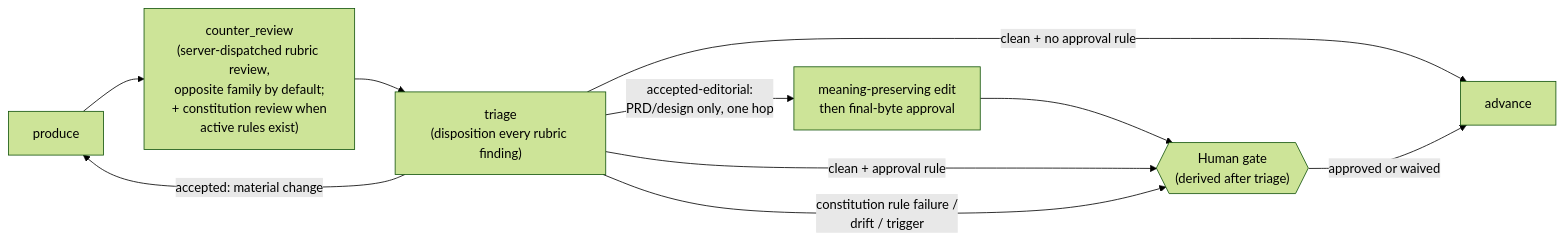
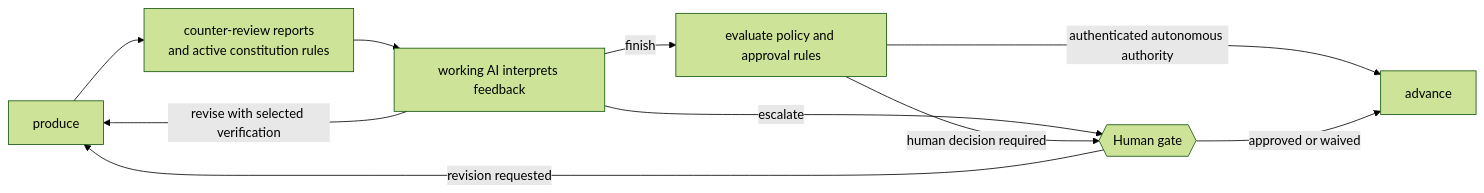
One commit to Aroton/ArchflowV2 changed the second of 2 diagrams in docs/OVERVIEW.md. Above: the diagram before and after it, drawn with Mermaid (forest theme). The commit also changed other lines of this file and 16 other files, not shown here.

````diff
--- a/docs/OVERVIEW.md
+++ b/docs/OVERVIEW.md
@@ -63,12 +63,12 @@
 ```mermaid
 flowchart LR
-    P[produce] --> CR["counter_review<br/>(server-dispatched rubric review,<br/>opposite family by default;<br/>+ constitution review when<br/>active rules exist)"]
-    CR --> T["triage<br/>(disposition every rubric finding)"]
-    T -->|"accepted: material change"| P
-    T -->|"accepted-editorial:<br/>PRD/design only, one hop"| PE["meaning-preserving edit<br/>then final-byte approval"]
-    PE --> G
-    T -->|"clean + no approval rule"| Adv[advance]
-    T -->|"clean + approval rule"| G
-    T -->|"constitution rule failure /<br/>drift / trigger"| G{{"Human gate<br/>(derived after triage)"}}
-    G -->|approved or waived| Adv
+    P[produce] --> CR["counter-review reports<br/>and active constitution rules"]
+    CR --> T["working AI interprets feedback"]
+    T -->|revise with selected verification| P
+    T -->|finish| R["evaluate policy and approval rules"]
+    T -->|escalate| G{{Human gate}}
+    R -->|human decision required| G
+    R -->|authenticated autonomous authority| A[advance]
+    G -->|approved or waived| A
+    G -->|revision requested| P
 ```
````
